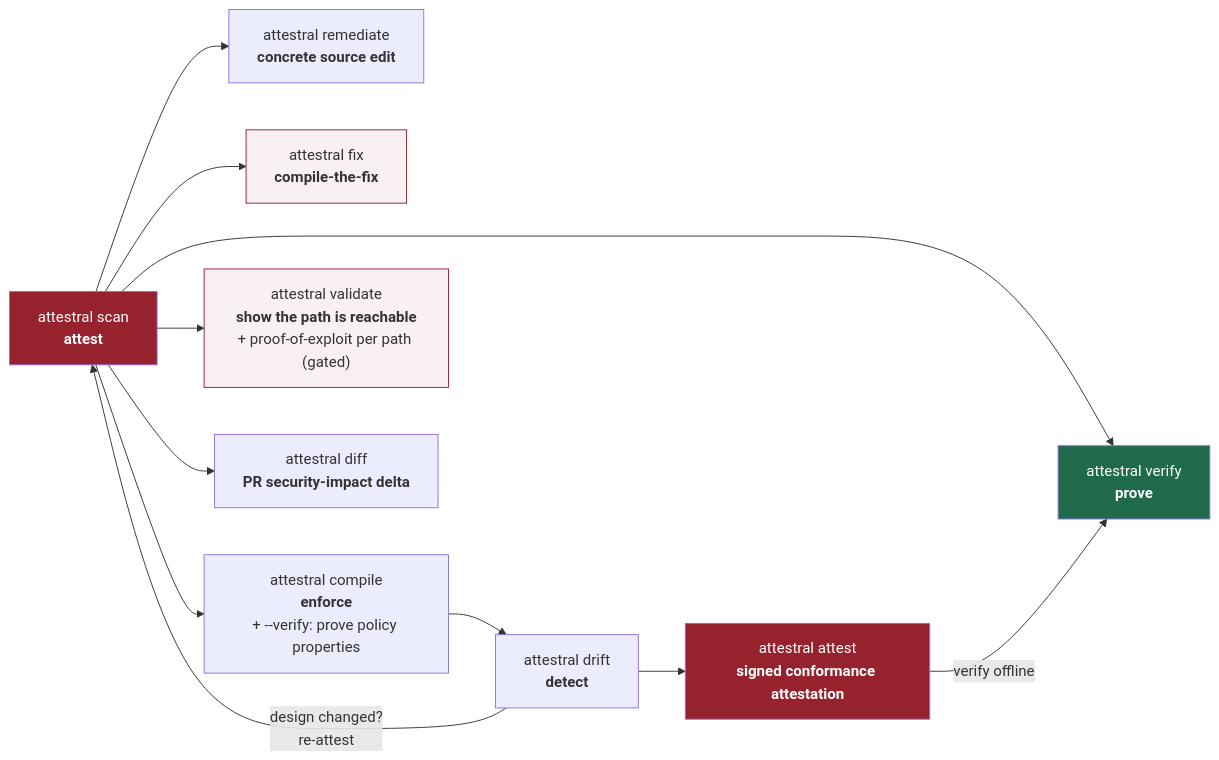
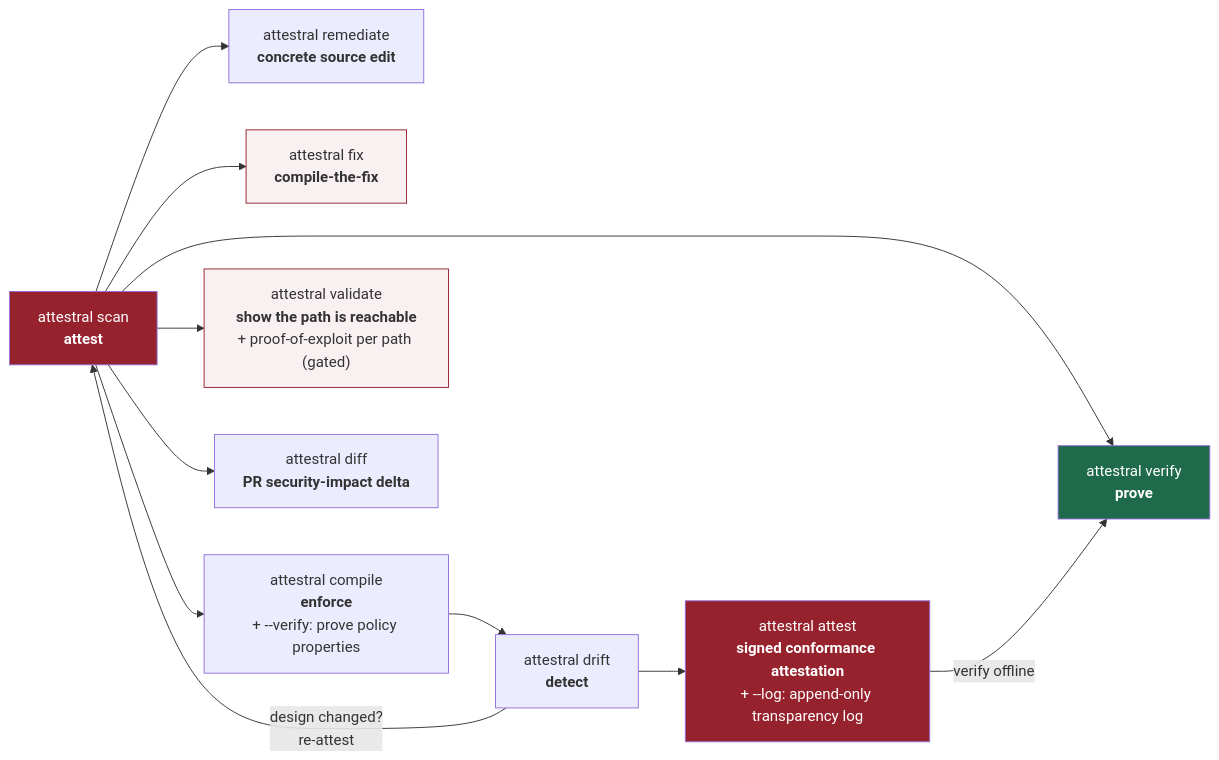
Before and after one commit to attestral-labs/attestral: the second of 4 diagrams in README.md, drawn with Mermaid. The commit also changed other lines of this file and 7 other files, not shown here.

````diff
--- a/README.md
+++ b/README.md
@@ -272,18 +279,18 @@
 ```mermaid
 flowchart LR
     A["attestral scan<br/><b>attest</b>"] --> B["attestral verify<br/><b>prove</b>"]
     A --> R["attestral remediate<br/><b>concrete source edit</b>"]
     A --> F["attestral fix<br/><b>compile-the-fix</b>"]
     A --> C["attestral compile<br/><b>enforce</b><br/>+ --verify: prove policy properties"]
     C --> D["attestral drift<br/><b>detect</b>"]
-    D --> AT["attestral attest<br/><b>signed conformance attestation</b>"]
+    D --> AT["attestral attest<br/><b>signed conformance attestation</b><br/>+ --log: append-only transparency log"]
     AT -->|"verify offline"| B
     D -->|"design changed?<br/>re-attest"| A
     A --> V["attestral validate<br/><b>show the path is reachable</b><br/>+ proof-of-exploit per path (gated)"]
     A --> DF["attestral diff<br/><b>PR security-impact delta</b>"]
     style A fill:#96222E,color:#fff
     style B fill:#1F6A4A,color:#fff
     style F fill:#96222E11,stroke:#96222E
     style V fill:#96222E11,stroke:#96222E
     style AT fill:#96222E,color:#fff
 ```
````
